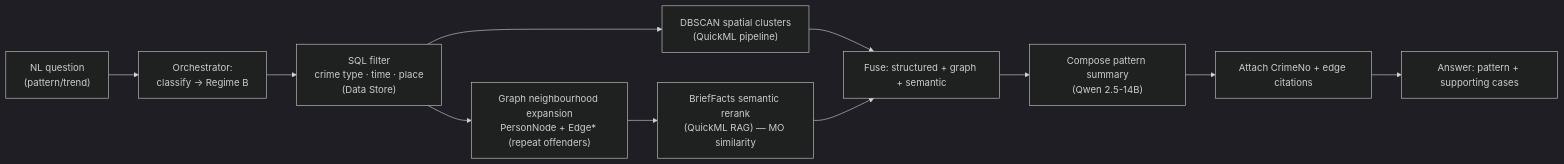
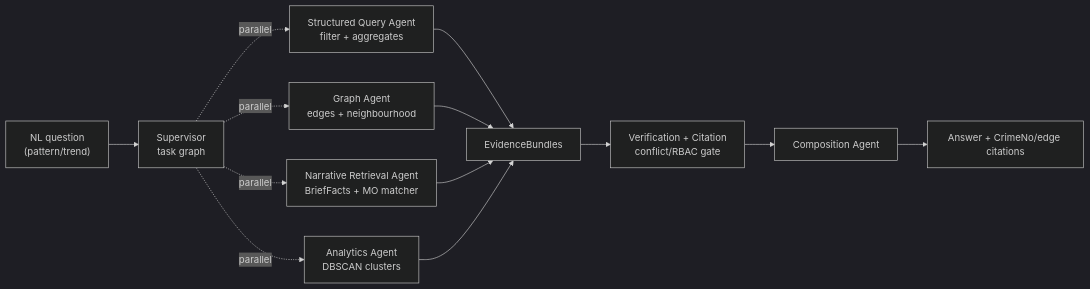
Before and after one commit to SHYAMSUNDAR2396/ksp-crime-copilot: the third of 8 diagrams in PLAN.md, drawn with Mermaid (dark theme). The commit also changed other lines of this file and 1 other file, not shown here.

````diff
--- a/PLAN.md
+++ b/PLAN.md
@@ -209,13 +293,12 @@
 ```mermaid
 flowchart LR
-  Q["NL question<br/>(pattern/trend)"] --> INT["Orchestrator:<br/>classify → Regime B"]
-  INT --> SQLF["SQL filter<br/>crime type · time · place<br/>(Data Store)"]
-  SQLF --> GEXP["Graph neighbourhood expansion<br/>PersonNode + Edge* (repeat offenders)"]
-  SQLF --> DBS["DBSCAN spatial clusters<br/>(QuickML pipeline)"]
-  GEXP --> RAG["BriefFacts semantic rerank<br/>(QuickML RAG) — MO similarity"]
-  DBS --> FUSE
-  RAG --> FUSE["Fuse: structured + graph + semantic"]
-  FUSE --> COMP["Compose pattern summary<br/>(Qwen 2.5-14B)"]
-  COMP --> CITE["Attach CrimeNo + edge citations"]
-  CITE --> OUT["Answer: pattern + supporting cases"]
+  Q["NL question<br/>(pattern/trend)"] --> SUP["Supervisor<br/>task graph"]
+  SUP -. parallel .-> SQL["Structured Query Agent<br/>filter + aggregates"]
+  SUP -. parallel .-> GRAPH["Graph Agent<br/>edges + neighbourhood"]
+  SUP -. parallel .-> MO["Narrative Retrieval Agent<br/>BriefFacts + MO matcher"]
+  SUP -. parallel .-> HOT["Analytics Agent<br/>DBSCAN clusters"]
+  SQL & GRAPH & MO & HOT --> ENV["EvidenceBundles"]
+  ENV --> VERIFY["Verification + Citation<br/>conflict/RBAC gate"]
+  VERIFY --> COMP["Composition Agent"]
+  COMP --> OUT["Answer + CrimeNo/edge citations"]
 ```
````
